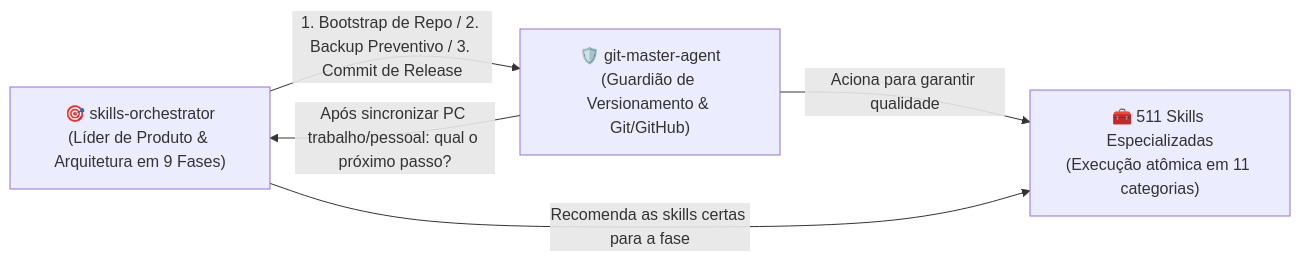
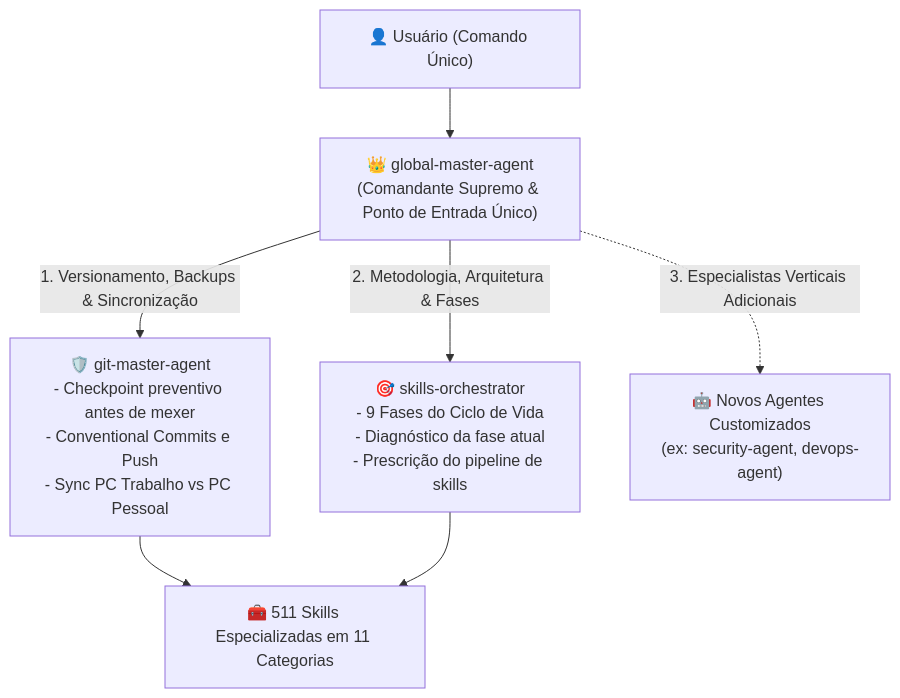
The diagram in custom-agents/README.md (Henrique1601/SkiilsToIAs), drawn with Mermaid before and after one commit. The commit also changed other lines of this file and 5 other files, not shown here.

Commit message:
feat: add global-master-agent as supreme commander orchestrating all agents

````diff
--- a/custom-agents/README.md
+++ b/custom-agents/README.md
@@ -22,11 +23,13 @@
 ```mermaid
-flowchart LR
-    Orch["🎯 skills-orchestrator<br/>(Líder de Produto & Arquitetura em 9 Fases)"]
-    GitMaster["🛡️ git-master-agent<br/>(Guardião de Versionamento & Git/GitHub)"]
-    Skills["🧰 511 Skills Especializadas<br/>(Execução atômica em 11 categorias)"]
+flowchart TD
+    User["👤 Usuário (Comando Único)"] --> GMA["👑 global-master-agent<br/>(Comandante Supremo & Ponto de Entrada Único)"]
 
-    Orch -- "1. Bootstrap de Repo / 2. Backup Preventivo / 3. Commit de Release" --> GitMaster
-    GitMaster -- "Aciona para garantir qualidade" --> Skills
-    GitMaster -- "Após sincronizar PC trabalho/pessoal: qual o próximo passo?" --> Orch
-    Orch -- "Recomenda as skills certas para a fase" --> Skills
+    GMA -->|"1. Versionamento, Backups & Sincronização"| GitMaster["🛡️ git-master-agent<br/>- Checkpoint preventivo antes de mexer<br/>- Conventional Commits e Push<br/>- Sync PC Trabalho vs PC Pessoal"]
+    
+    GMA -->|"2. Metodologia, Arquitetura & Fases"| Orch["🎯 skills-orchestrator<br/>- 9 Fases do Ciclo de Vida<br/>- Diagnóstico da fase atual<br/>- Prescrição do pipeline de skills"]
+
+    GMA -.->|"3. Especialistas Verticais Adicionais"| Future["🤖 Novos Agentes Customizados<br/>(ex: security-agent, devops-agent)"]
+
+    GitMaster --> Skills["🧰 511 Skills Especializadas em 11 Categorias"]
+    Orch --> Skills
 ```
````
